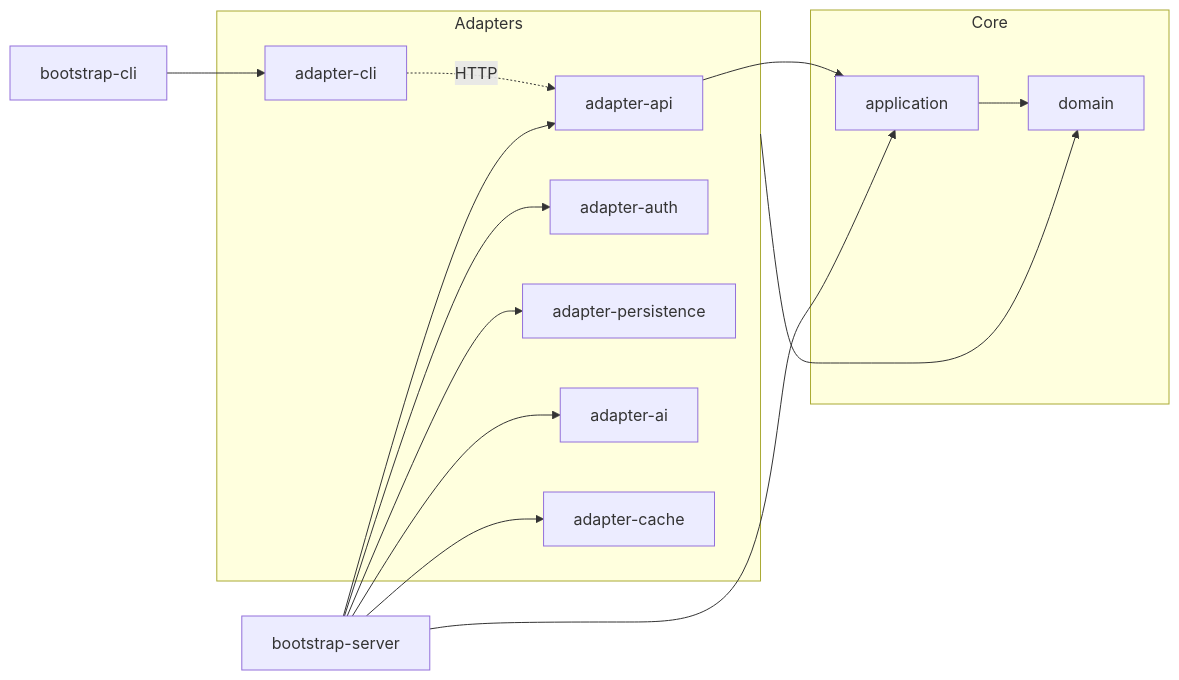
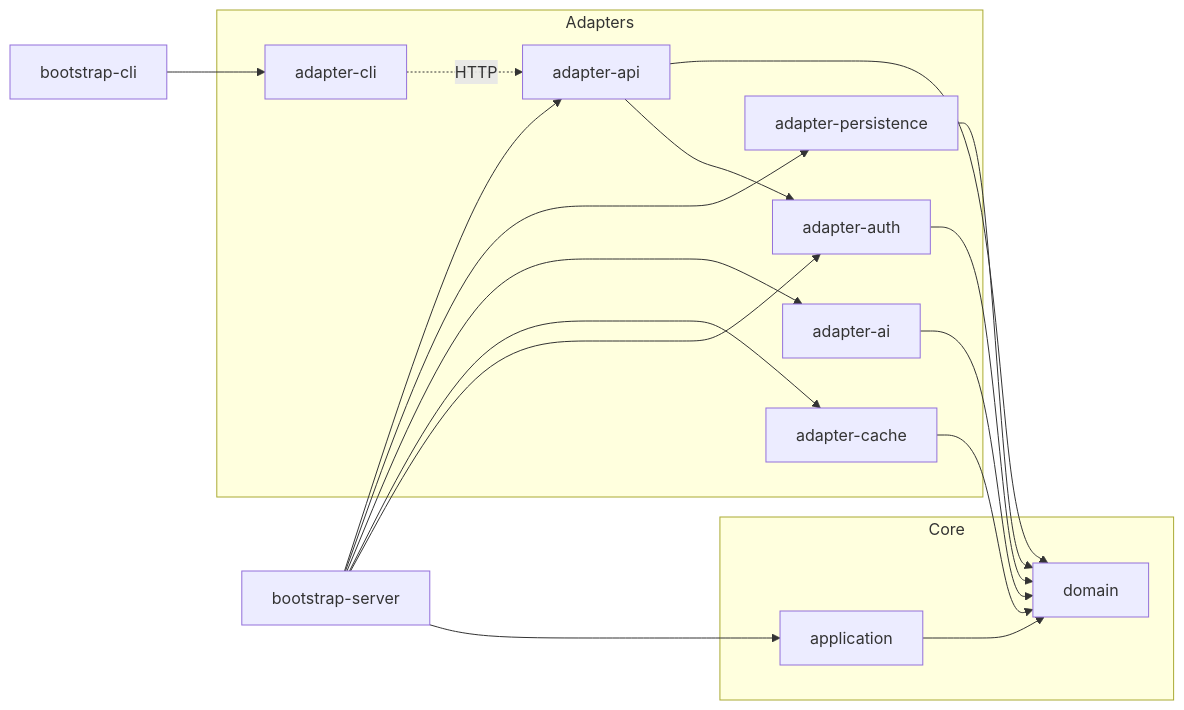
Before and after one commit to JuanPabloJimenezEsclusa/alexandra-job-tracker: the first of 3 diagrams in README.md, drawn with Mermaid. The commit also changed other lines of this file and 118 other files, not shown here.

Commit message:
refactor(architecture): add submit job posting events

````diff
--- a/README.md
+++ b/README.md
@@ -95,23 +95,23 @@
 ```mermaid
 flowchart LR
     subgraph core [Core]
         domain
         application
     end
 
     subgraph adapters [Adapters]
         adapter-api
         adapter-auth
         adapter-persistence
         adapter-ai
         adapter-cache
         adapter-cli
     end
 
     application --> domain
-    adapters --> domain
-    adapter-api --> application
     adapter-cli -.-> |HTTP| adapter-api
     bootstrap-server --> adapter-api & application & adapter-persistence & adapter-ai & adapter-cache & adapter-auth
+    adapter-api & adapter-persistence & adapter-ai & adapter-cache & adapter-auth --> domain
+    adapter-api --> adapter-auth
     bootstrap-cli --> adapter-cli
 ```
````
